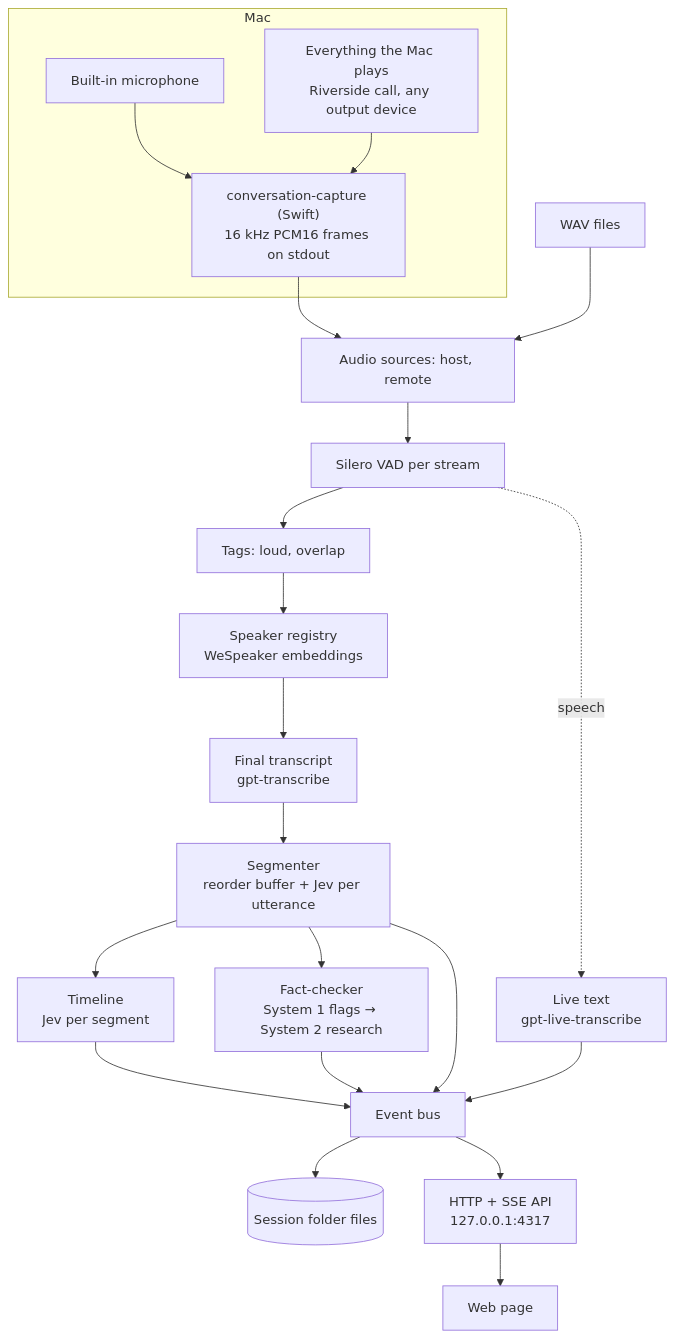
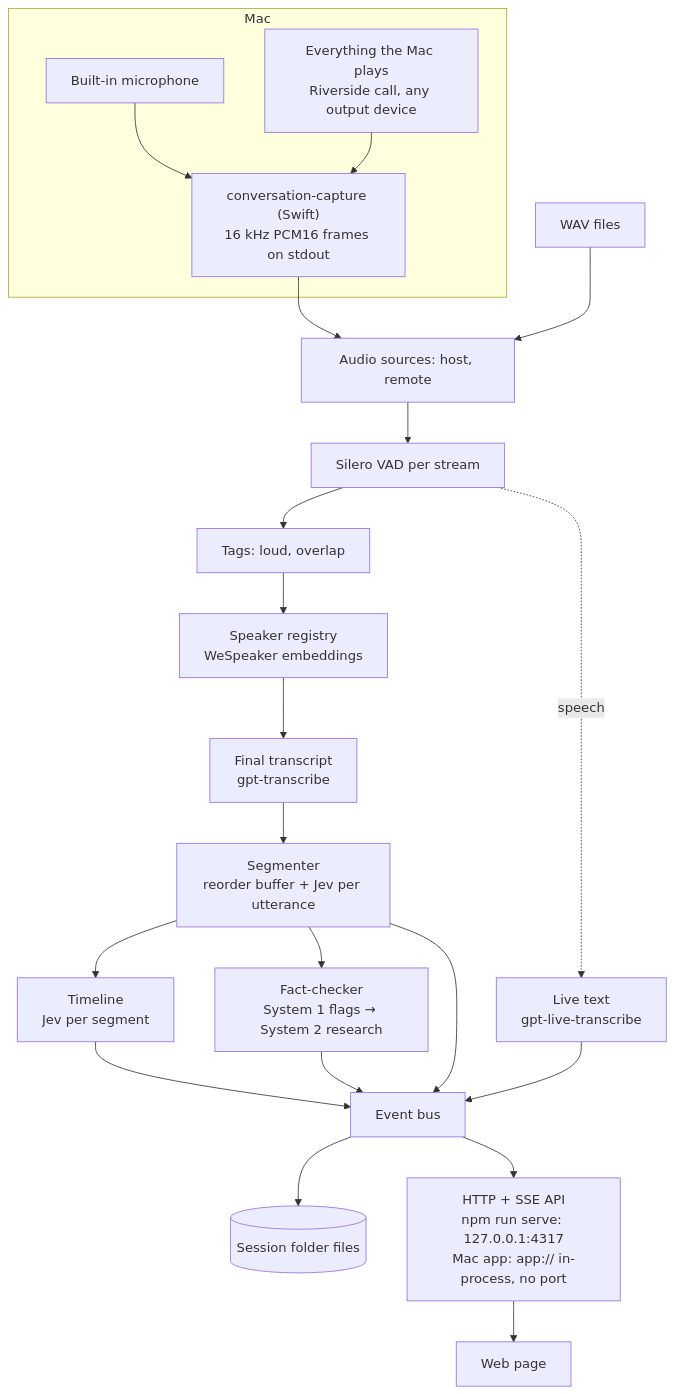
Before and after one commit to nicolasdao/conversation-assistant: the diagram in docs/architecture.md, drawn with Mermaid. The commit also changed other lines of this file and 8 other files, not shown here.

Commit message:
docs(desktop): document the Mac app, its install, build, signing, and gotchas across README and docs

````diff
--- a/docs/architecture.md
+++ b/docs/architecture.md
@@ -19,20 +21,20 @@
 ```mermaid
 flowchart TB
   subgraph Mac
     MIC[Built-in microphone] --> HELPER
     OUT[Everything the Mac plays<br/>Riverside call, any output device] --> HELPER
     HELPER["conversation-capture (Swift)<br/>16 kHz PCM16 frames on stdout"]
   end
   HELPER --> SRC[Audio sources: host, remote]
   FILES[WAV files] --> SRC
   SRC --> VAD[Silero VAD per stream] --> TAGS[Tags: loud, overlap] --> SPK[Speaker registry<br/>WeSpeaker embeddings]
   VAD -.speech.-> LIVE[Live text<br/>gpt-live-transcribe]
   SPK --> TR[Final transcript<br/>gpt-transcribe]
   TR --> SEG[Segmenter<br/>reorder buffer + Jev per utterance]
   SEG --> TL[Timeline<br/>Jev per segment]
   SEG --> FC[Fact-checker<br/>System 1 flags → System 2 research]
   TL & FC & SEG & LIVE --> BUS[Event bus]
   BUS --> STORE[(Session folder files)]
-  BUS --> SSE[HTTP + SSE API<br/>127.0.0.1:4317]
+  BUS --> SSE[HTTP + SSE API<br/>npm run serve: 127.0.0.1:4317<br/>Mac app: app:// in-process, no port]
   SSE --> WEB[Web page]
 ```
````
